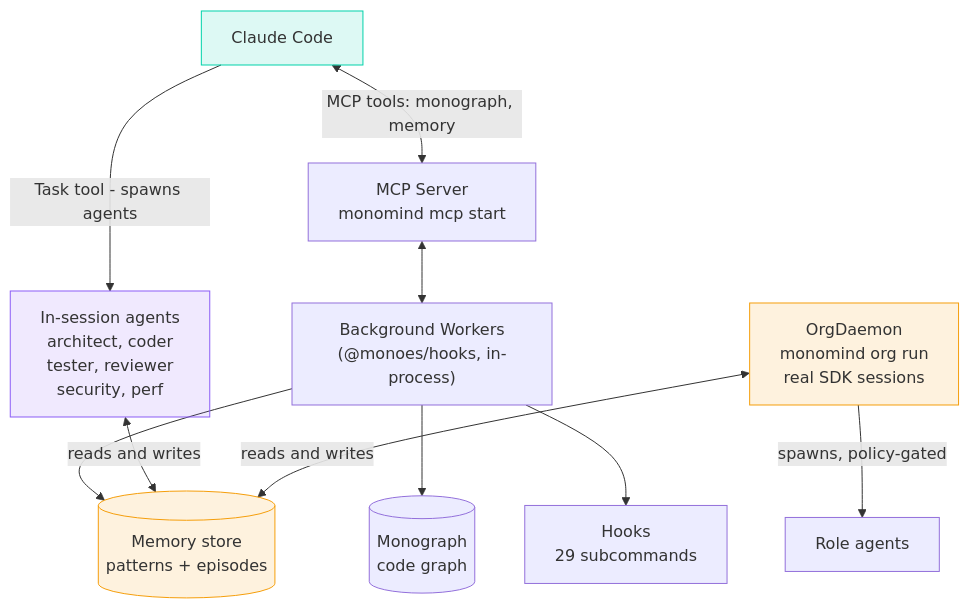
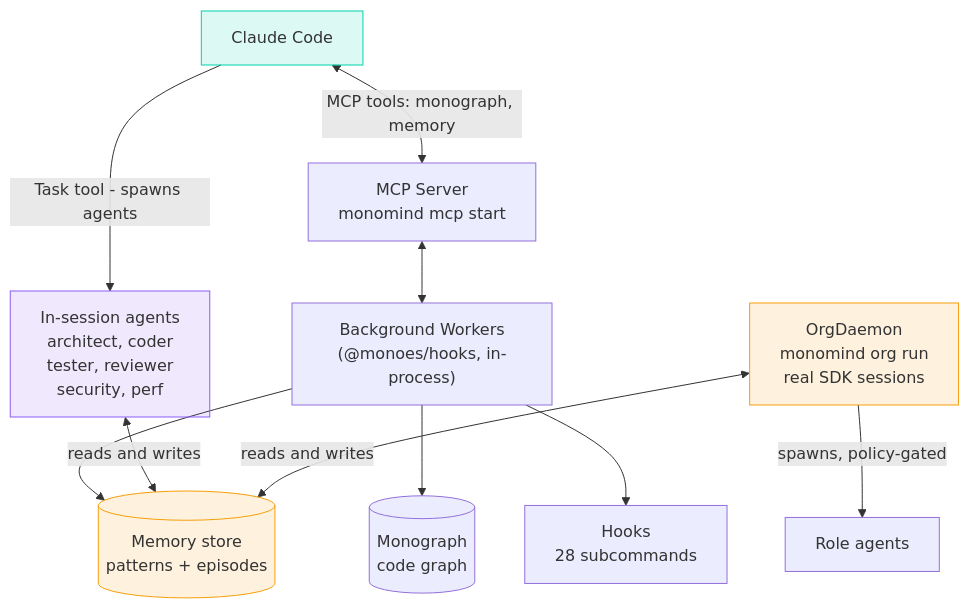
The fourth of 4 diagrams in README.md (monoes/monomind), drawn with Mermaid before and after one commit. The commit also changed other lines of this file and 19 other files, not shown here.

````diff
--- a/README.md
+++ b/README.md
@@ -434,24 +417,24 @@
 ```mermaid
 graph TD
     CC["Claude Code"]
     MCP["MCP Server\nmonomind mcp start"]
     D["Background Workers\n(@monoes/hooks, in-process)"]
     ORG["OrgDaemon\nmonomind org run\nreal SDK sessions"]
 
     CC <-->|"MCP tools: monograph, memory"| MCP
     MCP <--> D
 
     D --> ADB[("Memory store\npatterns + episodes")]
     D --> MG[("Monograph\ncode graph")]
-    D --> HK["Hooks\n29 subcommands"]
+    D --> HK["Hooks\n28 subcommands"]
 
     CC -->|"Task tool - spawns agents"| AG["In-session agents\narchitect, coder\ntester, reviewer\nsecurity, perf"]
     AG <-->|reads and writes| ADB
     ORG -->|"spawns, policy-gated"| RA["Role agents"]
     ORG <-->|reads and writes| ADB
 
     style CC fill:#00D2AA22,stroke:#00D2AA
     style AG fill:#8B5CF622,stroke:#8B5CF6
     style ADB fill:#F59E0B22,stroke:#F59E0B
     style ORG fill:#F59E0B22,stroke:#F59E0B
 ```
````
